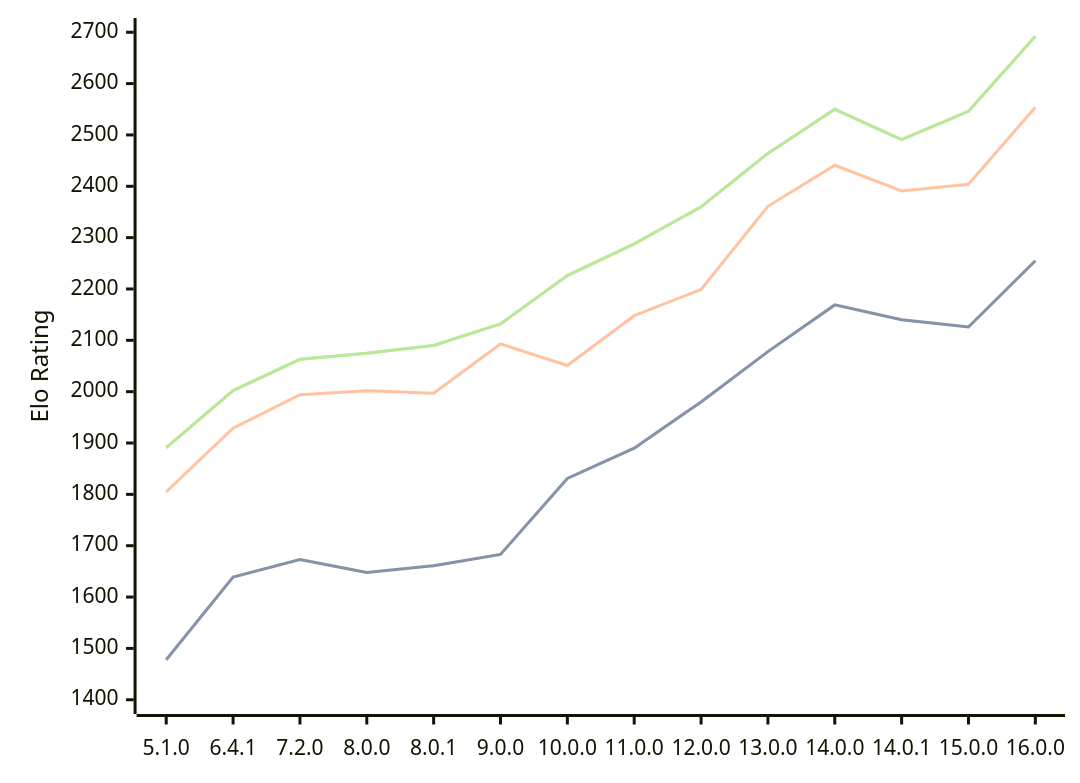
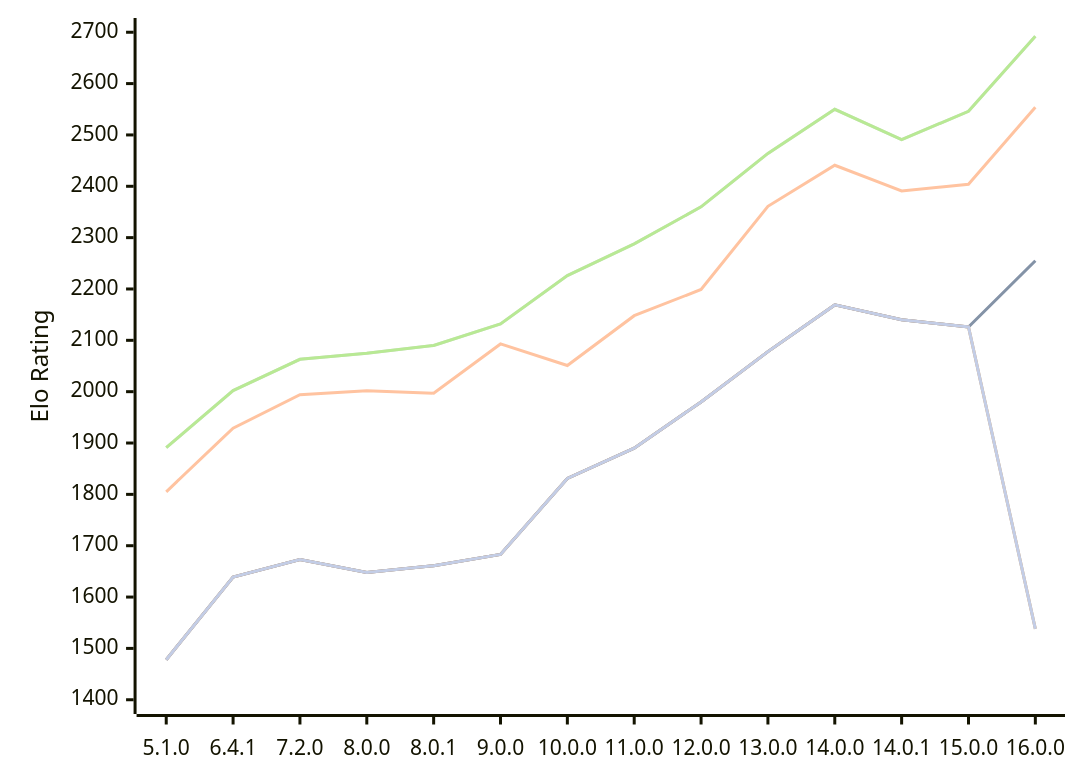
One commit to computer-chess-index/cci changed the diagram in engines/Cepimetheus.md. Above: the diagram before and after it, drawn with Mermaid. The commit also changed other lines of this file, not shown here.

Commit message:
Update CCI Ratings (ELO VLTC) - 2026-10-11

````diff
--- a/engines/Cepimetheus.md
+++ b/engines/Cepimetheus.md
@@ -60,16 +60,13 @@
 ```mermaid
 %%{init: {"theme":"base","themeVariables":{"seriesColors:['#a3a3a3','#222221','#faa371']}}}%%
 xychart-beta
   x-axis ["5.1.0", "6.4.1", "7.2.0", "8.0.0", "8.0.1", "9.0.0", "10.0.0", "11.0.0", "12.0.0", "13.0.0", "14.0.0", "14.0.1", "15.0.0", "16.0.0"]
   y-axis "Elo Rating" 1400 --> 2700
   line "" [1478, 1639, 1673, 1648, 1661, 1683, 1831, 1890, 1980, 2078, 2169, 2140, 2126, 2255]
   line "T1: STC (8.0+0.08s)" [1478, 1639, 1673, 1648, 1661, 1683, 1831, 1890, 1980, 2078, 2169, 2140, 2126, 2255]
   line "T1: LTC (60.0+0.60s)" [1805, 1929, 1994, 2002, 1997, 2093, 2051, 2148, 2199, 2361, 2441, 2391, 2404, 2554]
   line "" [1891, 2002, 2063, 2075, 2090, 2132, 2226, 2288, 2360, 2464, 2550, 2491, 2546, 2692]
   line "T1: VLTC (2m24s+1.12s)" [1891, 2002, 2063, 2075, 2090, 2132, 2226, 2288, 2360, 2464, 2550, 2491, 2546, 2692]
-  line "" [1531]
-  line "E1: STC (8.0+0.08s)" [1531]
-  line "E1: LTC (60.0+0.60s)" [1902]
-  line "" [1951]
-  line "E1: VLTC (2m24s+1.12s)" [1951]
+  line "" [1478, 1639, 1673, 1648, 1661, 1683, 1831, 1890, 1980, 2078, 2169, 2140, 2126,1538]
+  line "E1: STC (8.0+0.08s)" [1478, 1639, 1673, 1648, 1661, 1683, 1831, 1890, 1980, 2078, 2169, 2140, 2126,1538]
 ```
````
